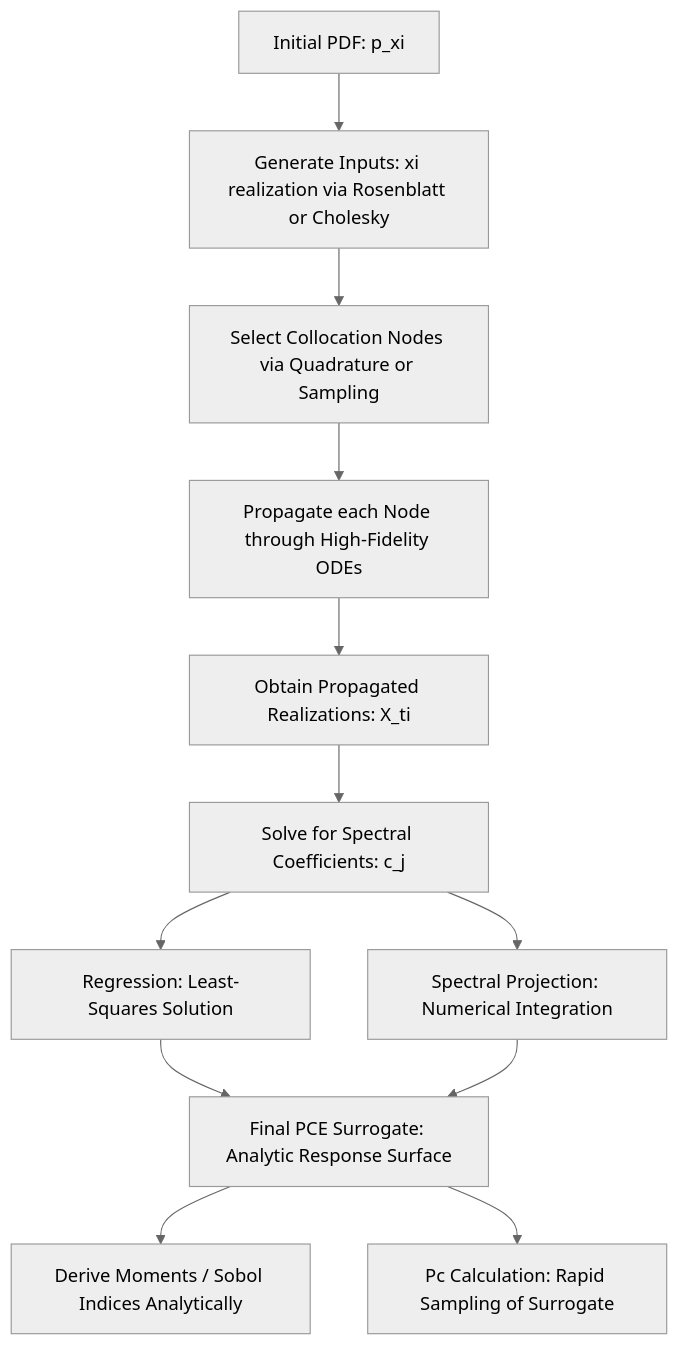
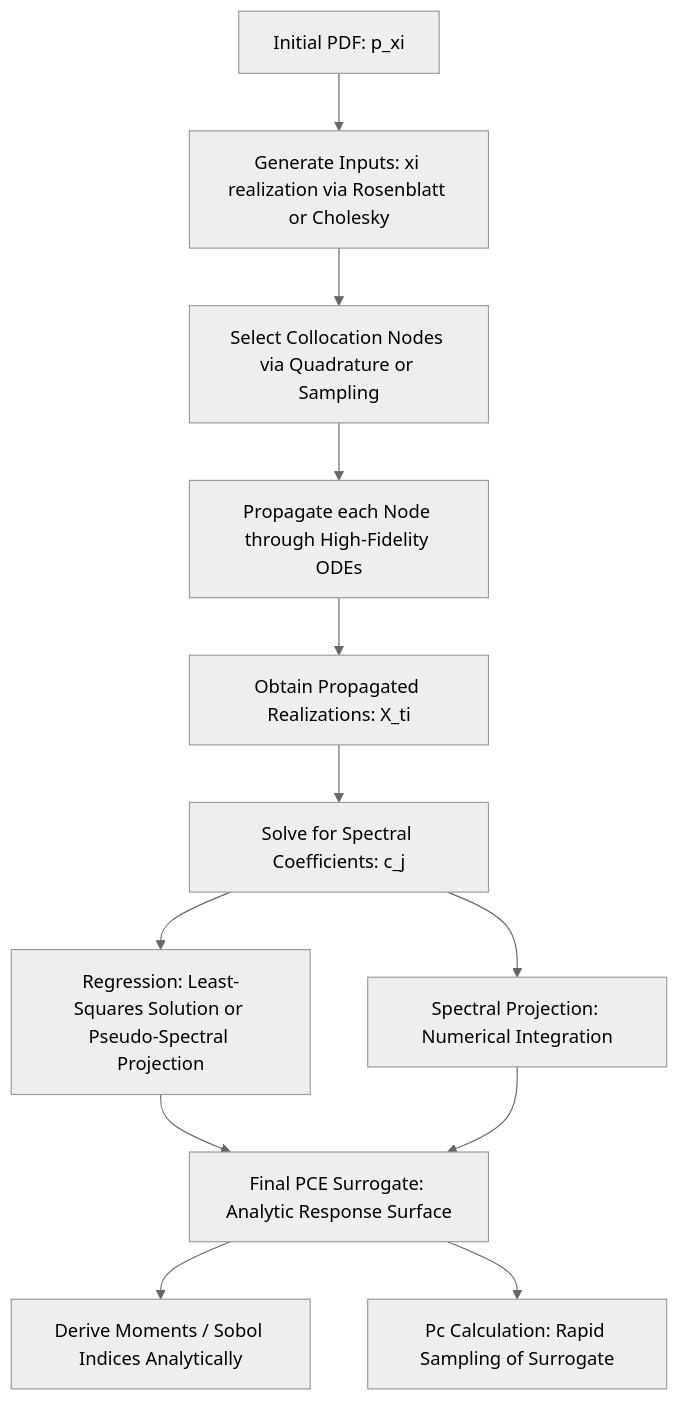
One commit to R16-srihari/Orbital-Uncertainty-Propagation-Literature-Review changed the fifth of 12 diagrams in index.qmd. Above: the diagram before and after it, drawn with Mermaid (neutral theme). The commit also changed other lines of this file and 2 other files, not shown here.

````diff
--- a/index.qmd
+++ b/index.qmd
@@ -780,14 +793,14 @@
 ```mermaid
 graph TD
     A[Initial PDF: p_xi] --> B[Generate Inputs: xi realization via Rosenblatt or Cholesky]
     B --> C[Select Collocation Nodes via Quadrature or Sampling]
     C --> D[Propagate each Node through High-Fidelity ODEs]
     D --> E[Obtain Propagated Realizations: X_ti]
     E --> F[Solve for Spectral Coefficients: c_j]
-    F --> G[Regression: Least-Squares Solution]
+    F --> G[Regression: Least-Squares Solution or Pseudo-Spectral Projection]
     F --> H[Spectral Projection: Numerical Integration]
     G --> I[Final PCE Surrogate: Analytic Response Surface]
     H --> I
     I --> J[Derive Moments / Sobol Indices Analytically]
     I --> K[Pc Calculation: Rapid Sampling of Surrogate]
 ```
````
